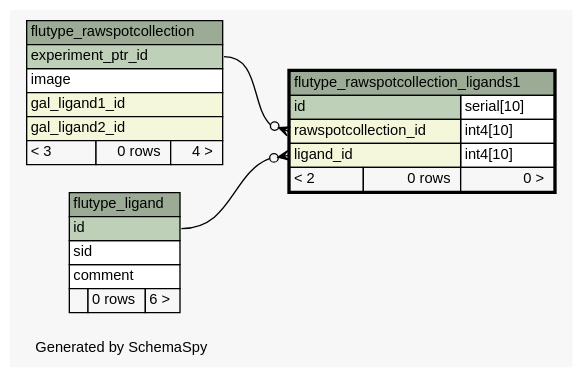
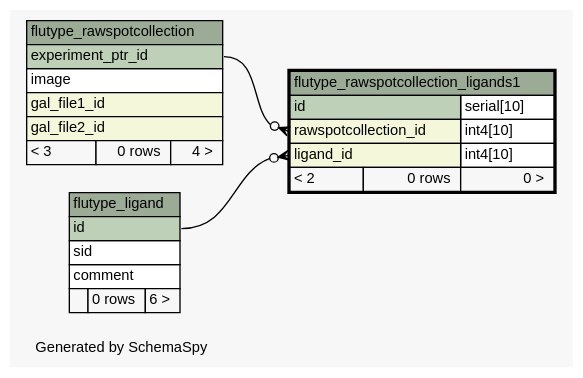
One commit to janekg89/flutype_webapp changed the diagram in docs/schema/diagrams/flutype_rawspotcollection_ligands1.1degree.dot. Above: the diagram before and after it, drawn with Graphviz. The commit also changed 139 other files, not shown here.

Commit message:
add schema settings for janeks pc, working on fill_db.py with new model.

```diff
--- a/docs/schema/diagrams/flutype_rawspotcollection_ligands1.1degree.dot
+++ b/docs/schema/diagrams/flutype_rawspotcollection_ligands1.1degree.dot
@@ -1,61 +1,61 @@
-// dot 2.38.0 on Linux 4.4.0-89-generic
+// dot 2.38.0 on Linux 4.10.0-27-generic
 // SchemaSpy rev 590
 digraph "oneDegreeRelationshipsDiagram" {
   graph [
     rankdir="RL"
     bgcolor="#f7f7f7"
     label="\nGenerated by SchemaSpy"
     labeljust="l"
     nodesep="0.18"
     ranksep="0.46"
     fontname="Helvetica"
     fontsize="11"
   ];
   node [
     fontname="Helvetica"
     fontsize="11"
     shape="plaintext"
   ];
   edge [
     arrowsize="0.8"
   ];
   "flutype_rawspotcollection_ligands1":"ligand_id":w -> "flutype_ligand":"id":e [arrowhead=none dir=back arrowtail=crowodot];
   "flutype_rawspotcollection_ligands1":"rawspotcollection_id":w -> "flutype_rawspotcollection":"experiment_ptr_id":e [arrowhead=none dir=back arrowtail=crowodot];
   "flutype_ligand" [
     label=<
     <TABLE BORDER="0" CELLBORDER="1" CELLSPACING="0" BGCOLOR="#ffffff">
       <TR><TD COLSPAN="3" BGCOLOR="#9bab96" ALIGN="CENTER">flutype_ligand</TD></TR>
       <TR><TD PORT="id" COLSPAN="3" BGCOLOR="#bed1b8" ALIGN="LEFT">id</TD></TR>
       <TR><TD PORT="sid" COLSPAN="3" ALIGN="LEFT">sid</TD></TR>
       <TR><TD PORT="comment" COLSPAN="3" ALIGN="LEFT">comment</TD></TR>
       <TR><TD ALIGN="LEFT" BGCOLOR="#f7f7f7">  </TD><TD ALIGN="RIGHT" BGCOLOR="#f7f7f7">0 rows</TD><TD ALIGN="RIGHT" BGCOLOR="#f7f7f7">6 &gt;</TD></TR>
     </TABLE>>
     URL="flutype_ligand.html"
     tooltip="flutype_ligand"
   ];
   "flutype_rawspotcollection" [
     label=<
     <TABLE BORDER="0" CELLBORDER="1" CELLSPACING="0" BGCOLOR="#ffffff">
       <TR><TD COLSPAN="3" BGCOLOR="#9bab96" ALIGN="CENTER">flutype_rawspotcollection</TD></TR>
       <TR><TD PORT="experiment_ptr_id" COLSPAN="3" BGCOLOR="#bed1b8" ALIGN="LEFT">experiment_ptr_id</TD></TR>
       <TR><TD PORT="image" COLSPAN="3" ALIGN="LEFT">image</TD></TR>
-      <TR><TD PORT="gal_ligand1_id" COLSPAN="3" BGCOLOR="#f4f7da" ALIGN="LEFT">gal_ligand1_id</TD></TR>
-      <TR><TD PORT="gal_ligand2_id" COLSPAN="3" BGCOLOR="#f4f7da" ALIGN="LEFT">gal_ligand2_id</TD></TR>
+      <TR><TD PORT="gal_file1_id" COLSPAN="3" BGCOLOR="#f4f7da" ALIGN="LEFT">gal_file1_id</TD></TR>
+      <TR><TD PORT="gal_file2_id" COLSPAN="3" BGCOLOR="#f4f7da" ALIGN="LEFT">gal_file2_id</TD></TR>
       <TR><TD ALIGN="LEFT" BGCOLOR="#f7f7f7">&lt; 3</TD><TD ALIGN="RIGHT" BGCOLOR="#f7f7f7">0 rows</TD><TD ALIGN="RIGHT" BGCOLOR="#f7f7f7">4 &gt;</TD></TR>
     </TABLE>>
     URL="flutype_rawspotcollection.html"
     tooltip="flutype_rawspotcollection"
   ];
   "flutype_rawspotcollection_ligands1" [
     label=<
     <TABLE BORDER="2" CELLBORDER="1" CELLSPACING="0" BGCOLOR="#ffffff">
       <TR><TD COLSPAN="3" BGCOLOR="#9bab96" ALIGN="CENTER">flutype_rawspotcollection_ligands1</TD></TR>
       <TR><TD PORT="id" COLSPAN="2" BGCOLOR="#bed1b8" ALIGN="LEFT">id</TD><TD PORT="id.type" ALIGN="LEFT">serial[10]</TD></TR>
       <TR><TD PORT="rawspotcollection_id" COLSPAN="2" BGCOLOR="#f4f7da" ALIGN="LEFT">rawspotcollection_id</TD><TD PORT="rawspotcollection_id.type" ALIGN="LEFT">int4[10]</TD></TR>
       <TR><TD PORT="ligand_id" COLSPAN="2" BGCOLOR="#f4f7da" ALIGN="LEFT">ligand_id</TD><TD PORT="ligand_id.type" ALIGN="LEFT">int4[10]</TD></TR>
       <TR><TD ALIGN="LEFT" BGCOLOR="#f7f7f7">&lt; 2</TD><TD ALIGN="RIGHT" BGCOLOR="#f7f7f7">0 rows</TD><TD ALIGN="RIGHT" BGCOLOR="#f7f7f7">0 &gt;</TD></TR>
     </TABLE>>
     URL="flutype_rawspotcollection_ligands1.html"
     tooltip="flutype_rawspotcollection_ligands1"
   ];
 }
```
